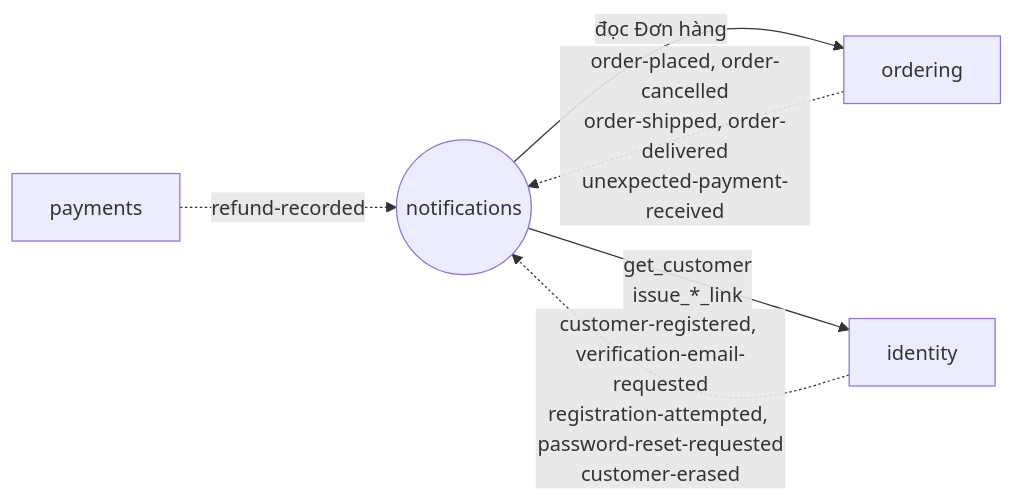
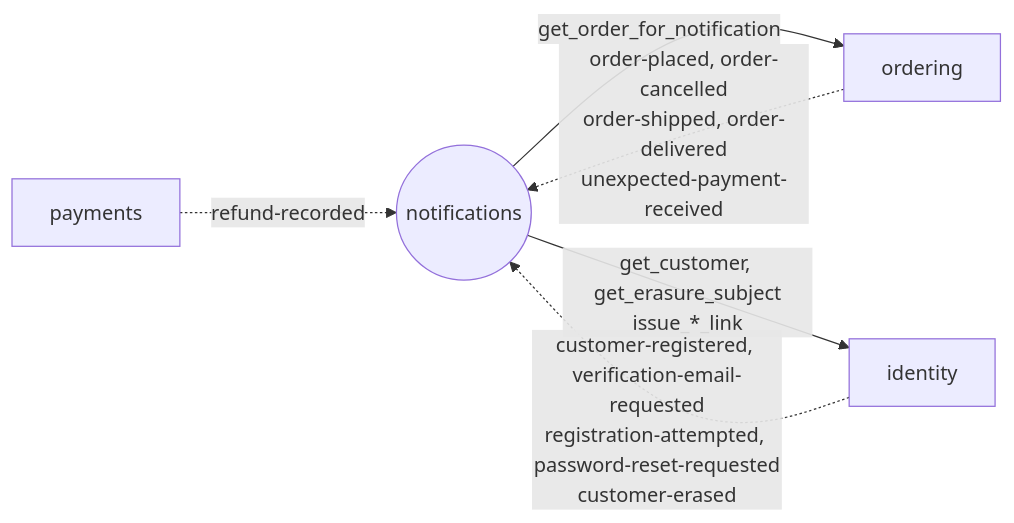
Before and after one commit to LuongCongThanh/fashion-store-backend: the diagram in docs/architecture/modules/notifications.md, drawn with Mermaid. The commit also changed other lines of this file and 15 other files, not shown here.

````diff
--- a/docs/architecture/modules/notifications.md
+++ b/docs/architecture/modules/notifications.md
@@ -30,9 +30,9 @@
 ```mermaid
 graph LR
-    notifications((notifications)) -->|"đọc Đơn hàng"| ordering
-    notifications -->|"get_customer<br/>issue_*_link"| identity
+    notifications((notifications)) -->|"get_order_for_notification"| ordering
+    notifications -->|"get_customer, get_erasure_subject<br/>issue_*_link"| identity
 
     identity -.->|"customer-registered, verification-email-requested<br/>registration-attempted, password-reset-requested<br/>customer-erased"| notifications
     ordering -.->|"order-placed, order-cancelled<br/>order-shipped, order-delivered<br/>unexpected-payment-received"| notifications
     payments -.->|"refund-recorded"| notifications
 ```
````
